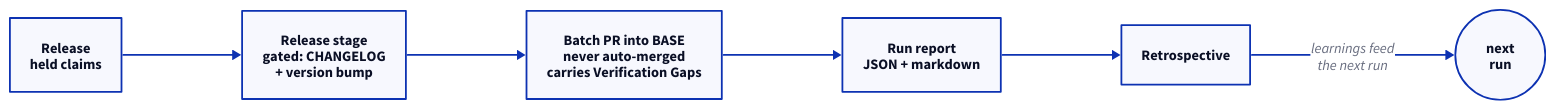
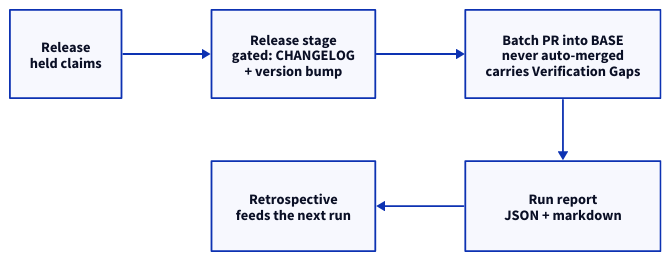
One commit to aaddrick/ticketmill changed the diagram in docs/diagrams/phase-report.d2. Above: the diagram before and after it, drawn with D2. The commit also changed 22 other files, not shown here.

```diff
--- a/docs/diagrams/phase-report.d2
+++ b/docs/diagrams/phase-report.d2
@@ -1,19 +1,41 @@
-# Report phase: runs once per batch, after every issue has settled.
+# Report phase: runs once per batch, after every issue settles.
+#
+# GRID SNAKE. Reading order is boustrophedon: row 1 left-to-right, then the
+# flow drops straight down the LAST column and the next row reads back
+# right-to-left.
+#
+# Why a grid and not a layout engine: neither bundled engine can wrap a long
+# chain into rows. d2 does not expose ELK's `wrapping.strategy`, and a
+# `direction` set on a container is ignored by both dagre and ELK. Grid
+# placement is the only way to fold a chain, and it fills row-major over the
+# declaration order below.
+#
+# THE DIAGONAL RULE: grid connections are center-to-center straight segments
+# with no path-finding. An edge is orthogonal only if its two cells share a row
+# or a column, and only if they are neighbours -- an edge spanning two cells in
+# a row draws straight THROUGH the cell between them. Everything else is a
+# diagonal. Place nodes so every edge joins neighbours.
+#
+# Grid columns share a width, so one wide cell widens its whole column.
+#
+# Spacer cells (`sp*`) are invisible padding that push the wrap into the right
+# column. They are load-bearing -- deleting one reflows the entire grid.
 
-direction: right
+grid-rows: 2
+grid-columns: 3
+horizontal-gap: 100
+vertical-gap: 70
 
+# row 1, left to right
 rl: "Release\nheld claims" { class: stage }
 rvb: "Release stage\ngated: CHANGELOG\n+ version bump" { class: optional }
 bp: "Batch PR into BASE\nnever auto-merged\ncarries Verification Gaps" { class: human }
+# row 2, right to left
+sp1: "" { style.opacity: 0 }
+rt: "Retrospective\nfeeds the next run" { class: stage }
 ro: "Run report\nJSON + markdown" { class: stage }
-rt: "Retrospective" { class: stage }
-next: "next\nrun" {
-  shape: circle
-  class: optional
-}
 
 rl -> rvb: { class: flow }
 rvb -> bp: { class: flow }
 bp -> ro: { class: flow }
 ro -> rt: { class: flow }
-rt -> next: "learnings feed\nthe next run" { class: loop }
```
